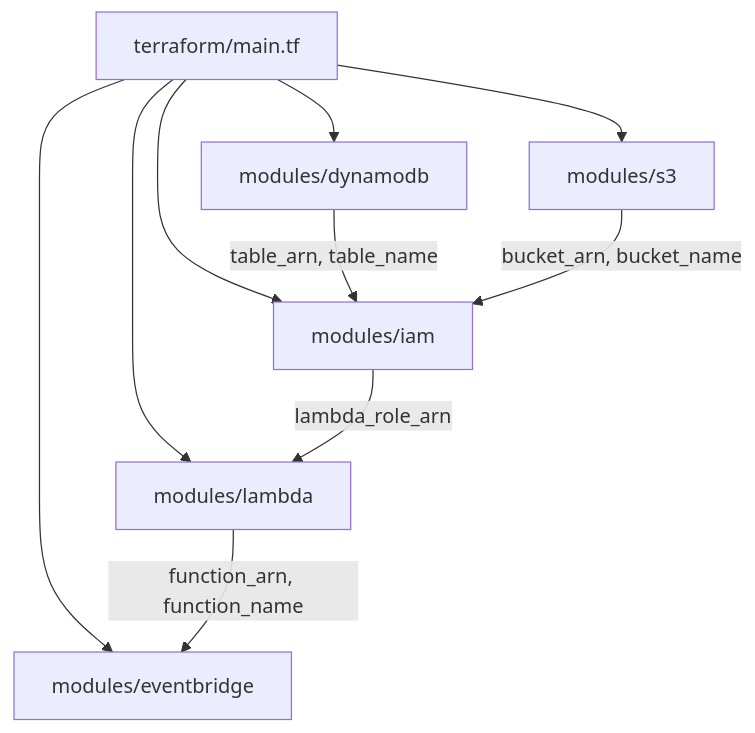
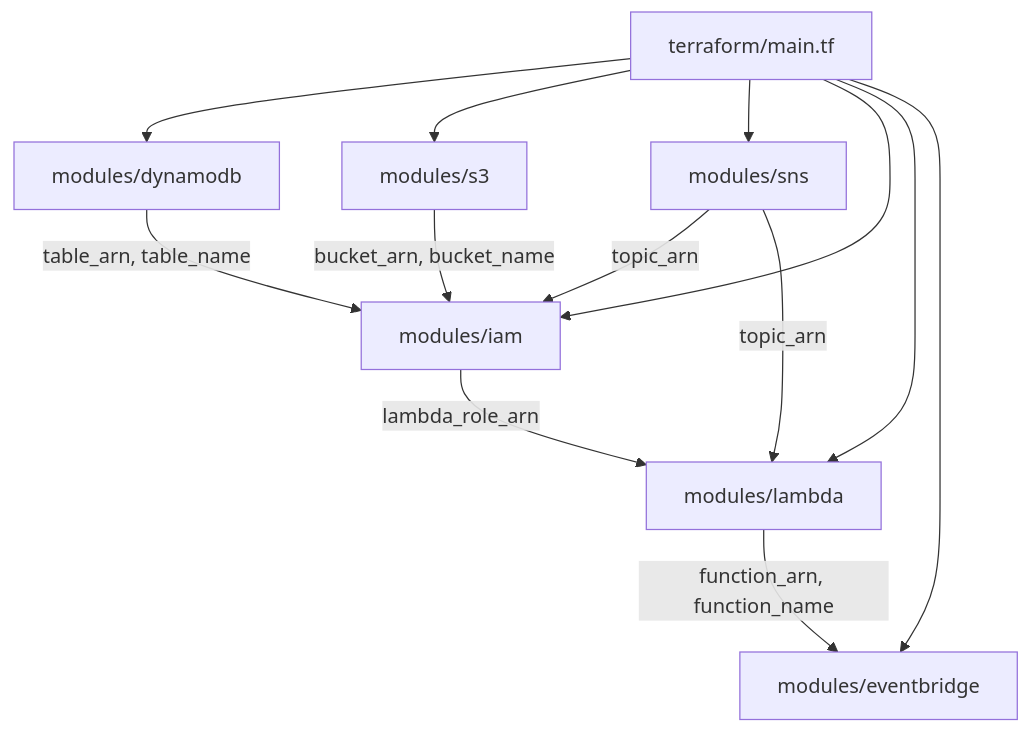
Before and after one commit to tk-21/terraform-lab: the third of 4 diagrams in security-hub-ai-triage/ARCHITECTURE.md, drawn with Mermaid. The commit also changed other lines of this file and 22 other files, not shown here.

````diff
--- a/security-hub-ai-triage/ARCHITECTURE.md
+++ b/security-hub-ai-triage/ARCHITECTURE.md
@@ -398,20 +393,24 @@
 ```mermaid
 flowchart TD
     ROOT[terraform/main.tf]
     IAM[modules/iam]
     DDB[modules/dynamodb]
     S3M[modules/s3]
+    SNSM[modules/sns]
     LMD[modules/lambda]
     EBM[modules/eventbridge]
 
     ROOT --> DDB
     ROOT --> S3M
+    ROOT --> SNSM
     ROOT --> IAM
     ROOT --> LMD
     ROOT --> EBM
 
     DDB -->|table_arn, table_name| IAM
     S3M -->|bucket_arn, bucket_name| IAM
+    SNSM -->|topic_arn| IAM
+    SNSM -->|topic_arn| LMD
     IAM -->|lambda_role_arn| LMD
     LMD -->|function_arn, function_name| EBM
 ```
````
